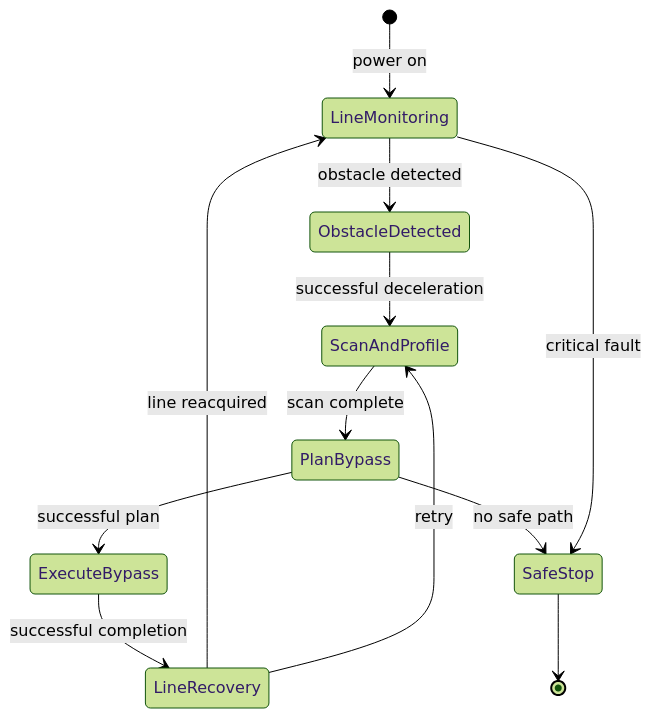
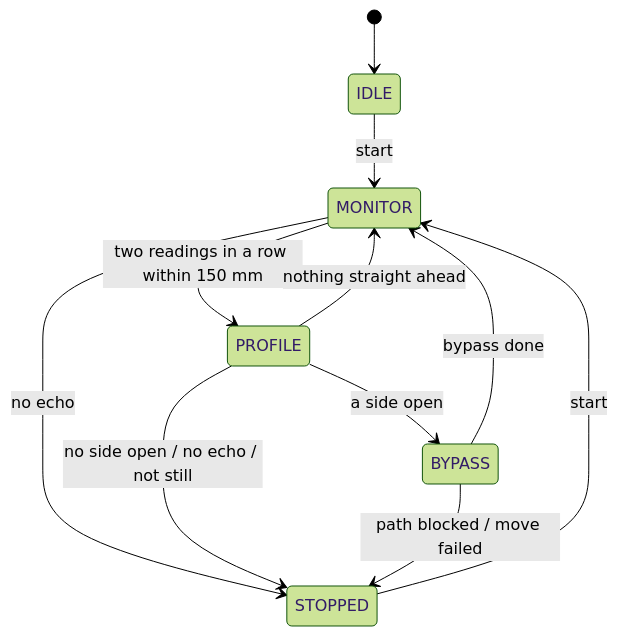
The fourth of 5 diagrams in docs/ARCHITECTURE.md (10x-Slackers/INF2004), drawn with Mermaid (forest theme) before and after one commit. The commit also changed other lines of this file and 119 other files, not shown here.

````diff
--- a/docs/ARCHITECTURE.md
+++ b/docs/ARCHITECTURE.md
@@ -210,14 +193,13 @@
 ```mermaid
 stateDiagram-v2
-    [*] --> LineMonitoring: power on
-    LineMonitoring --> ObstacleDetected: obstacle detected
-    ObstacleDetected --> ScanAndProfile: successful deceleration
-    ScanAndProfile --> PlanBypass: scan complete
-    PlanBypass --> ExecuteBypass: successful plan
-    ExecuteBypass --> LineRecovery: successful completion
-    LineRecovery --> LineMonitoring: line reacquired
-    LineRecovery --> ScanAndProfile: retry
-    PlanBypass --> SafeStop: no safe path
-    LineMonitoring --> SafeStop: critical fault
-    SafeStop --> [*]
+    [*] --> IDLE
+    IDLE --> MONITOR: start
+    MONITOR --> PROFILE: two readings in a row within 150 mm
+    MONITOR --> STOPPED: no echo
+    PROFILE --> MONITOR: nothing straight ahead
+    PROFILE --> BYPASS: a side open
+    PROFILE --> STOPPED: no side open / no echo / not still
+    BYPASS --> MONITOR: bypass done
+    BYPASS --> STOPPED: path blocked / move failed
+    STOPPED --> MONITOR: start
 ```
````
